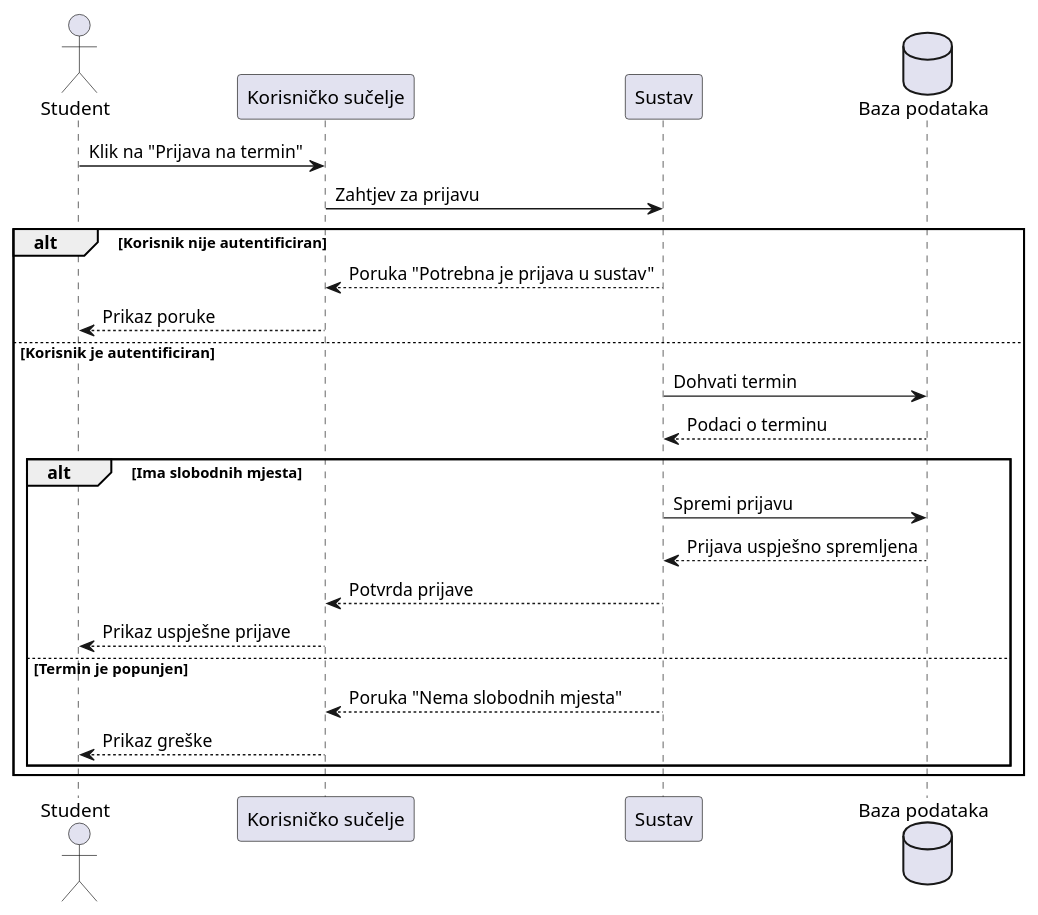
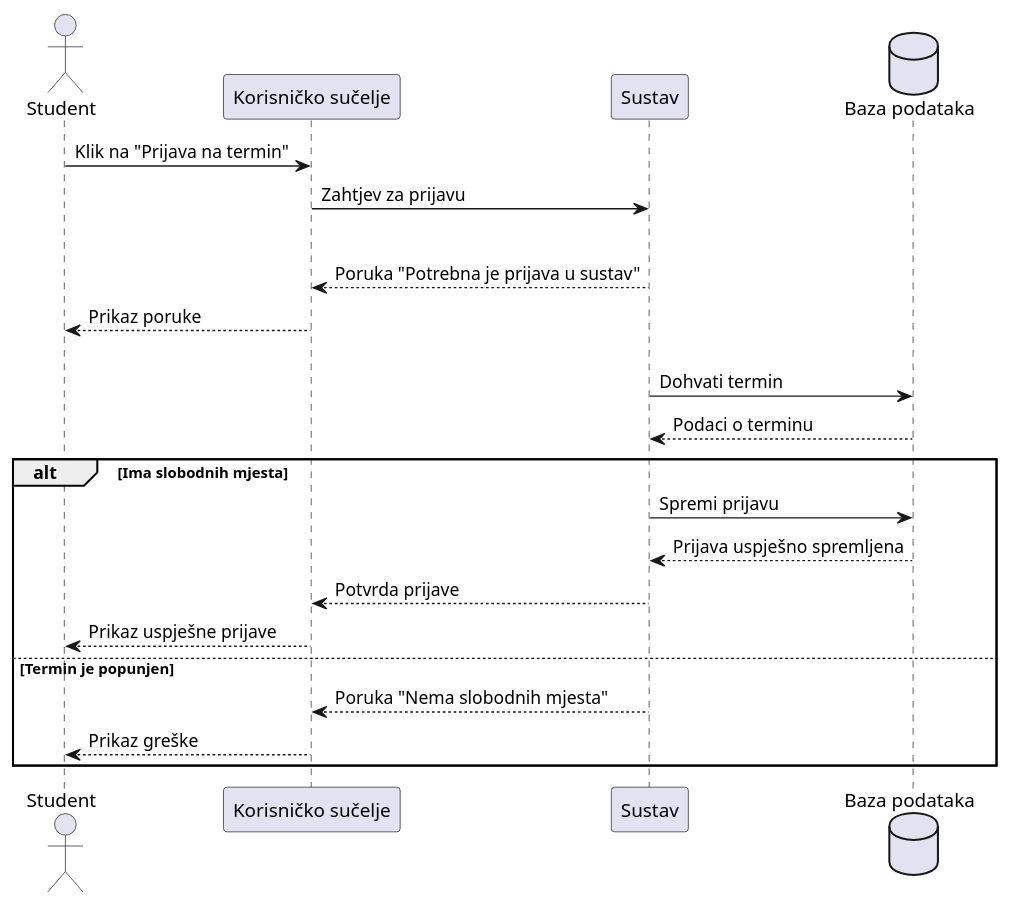
One commit to MalzaCAr/vjezbe1 changed the diagram in uml.md. Above: the diagram before and after it, drawn with PlantUML.

```diff
--- a/uml.md
+++ b/uml.md
@@ -3,28 +3,28 @@
 @startuml
 actor Student
 participant "Korisničko sučelje" as UI
 participant "Sustav" as SYS
 database "Baza podataka" as DB
  
 Student -> UI : Klik na "Prijava na termin"
 UI -> SYS : Zahtjev za prijavu
  
 alt Korisnik nije autentificiran
     SYS --> UI : Poruka "Potrebna je prijava u sustav"
     UI --> Student : Prikaz poruke
 else Korisnik je autentificiran
     SYS -> DB : Dohvati termin
     DB --> SYS : Podaci o terminu
  
     alt Ima slobodnih mjesta
         SYS -> DB : Spremi prijavu
         DB --> SYS : Prijava uspješno spremljena
         SYS --> UI : Potvrda prijave
         UI --> Student : Prikaz uspješne prijave
     else Termin je popunjen
         SYS --> UI : Poruka "Nema slobodnih mjesta"
         UI --> Student : Prikaz greške
     end
-end
+
  
 @enduml
```
